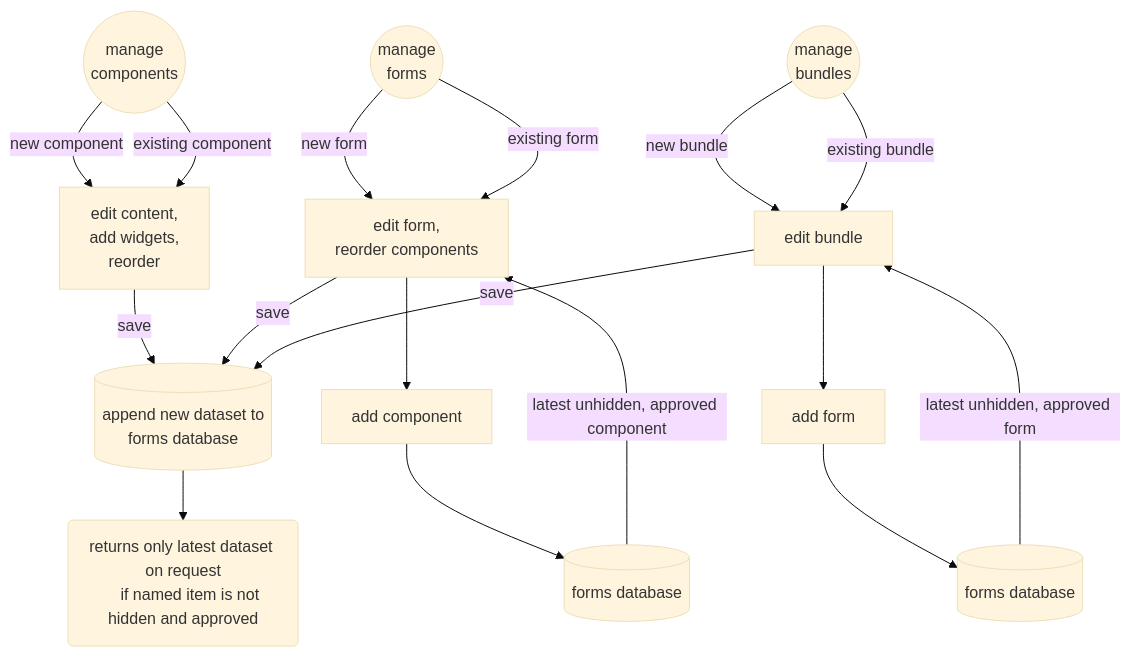
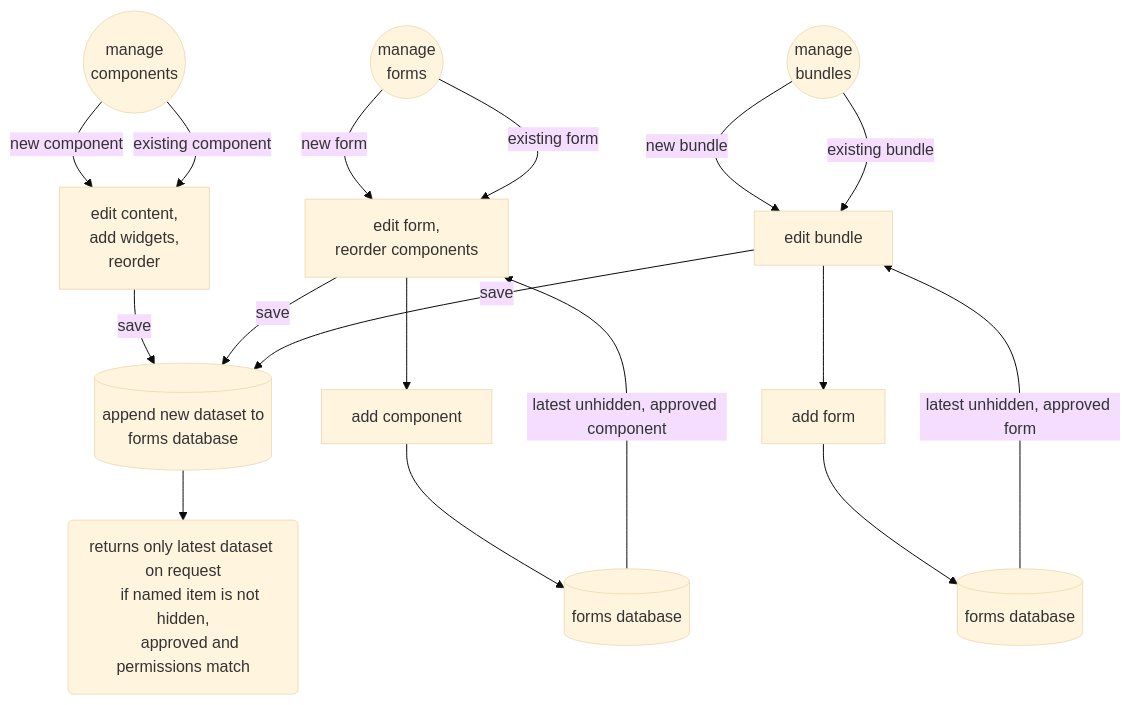
The third of 7 diagrams in readme.md (erroronline1/caro), drawn with Mermaid (base theme) before and after one commit. The commit also changed other lines of this file and 1 other file, not shown here.

Commit message:
flowcharts update

````diff
--- a/readme.md
+++ b/readme.md
@@ -458,31 +458,32 @@
 ```mermaid
 graph TD;
     manage_components(("manage
     components"))-->|new component|edit_component["edit content,
     add widgets,
     reorder"];
     manage_components(("manage
     components"))-->|existing component|edit_component;
     edit_component-->|save|new_forms_database[("append new dataset to
     forms database")];
 
     manage_forms(("manage
     forms"))-->|new form|edit_form["edit form,
     reorder components"];
     manage_forms-->|existing form|edit_form;
     edit_form-->add_component[add component];
     add_component-->forms_database[(forms database)];
     forms_database-->|latest unhidden, approved component|edit_form;
     edit_form-->|save|new_forms_database;
 
     manage_bundles(("manage
     bundles"))-->|new bundle|edit_bundle["edit bundle"];
     manage_bundles-->|existing bundle|edit_bundle;
     edit_bundle-->add_form[add form];
     add_form-->forms_database2[(forms database)];
     forms_database2-->|latest unhidden, approved form|edit_bundle;
     edit_bundle-->|save|new_forms_database
 
     new_forms_database-->returns("returns only latest dataset on request
-    if named item is not hidden and approved")
+    if named item is not hidden,
+    approved and permissions match")
 ```
````
